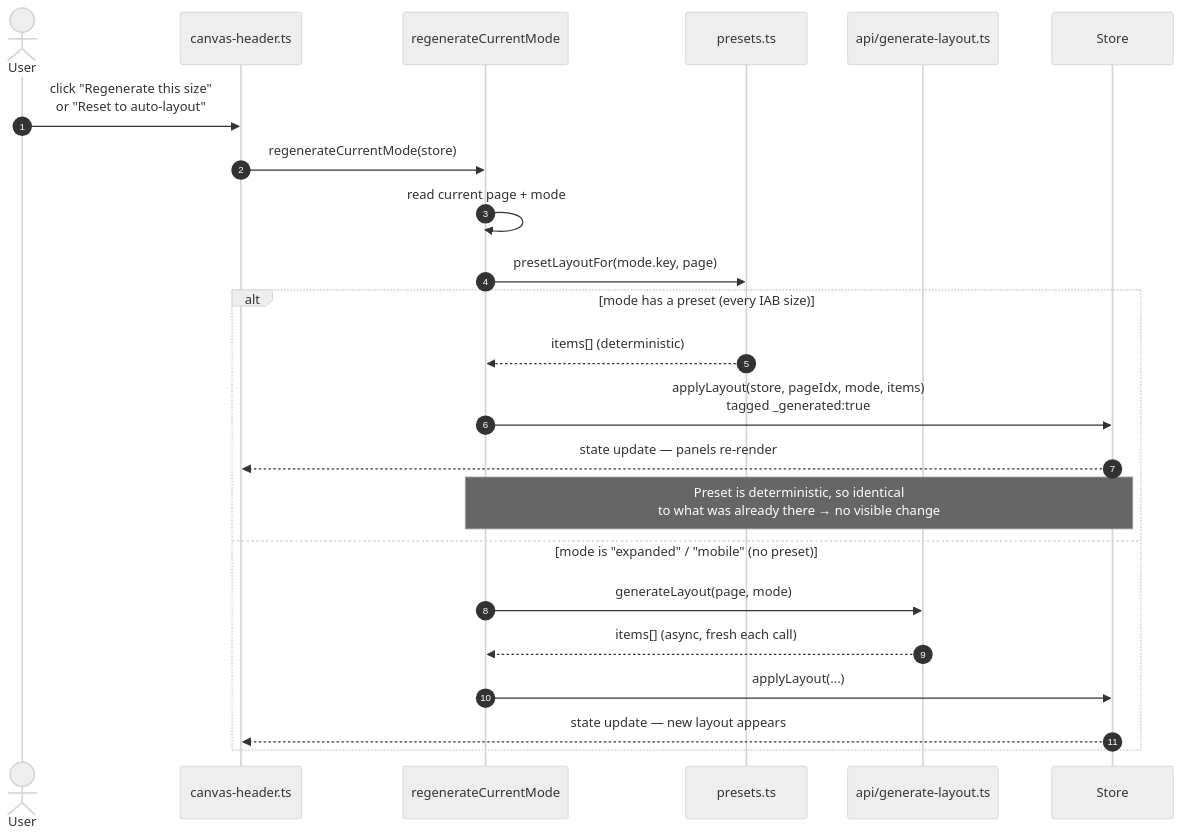
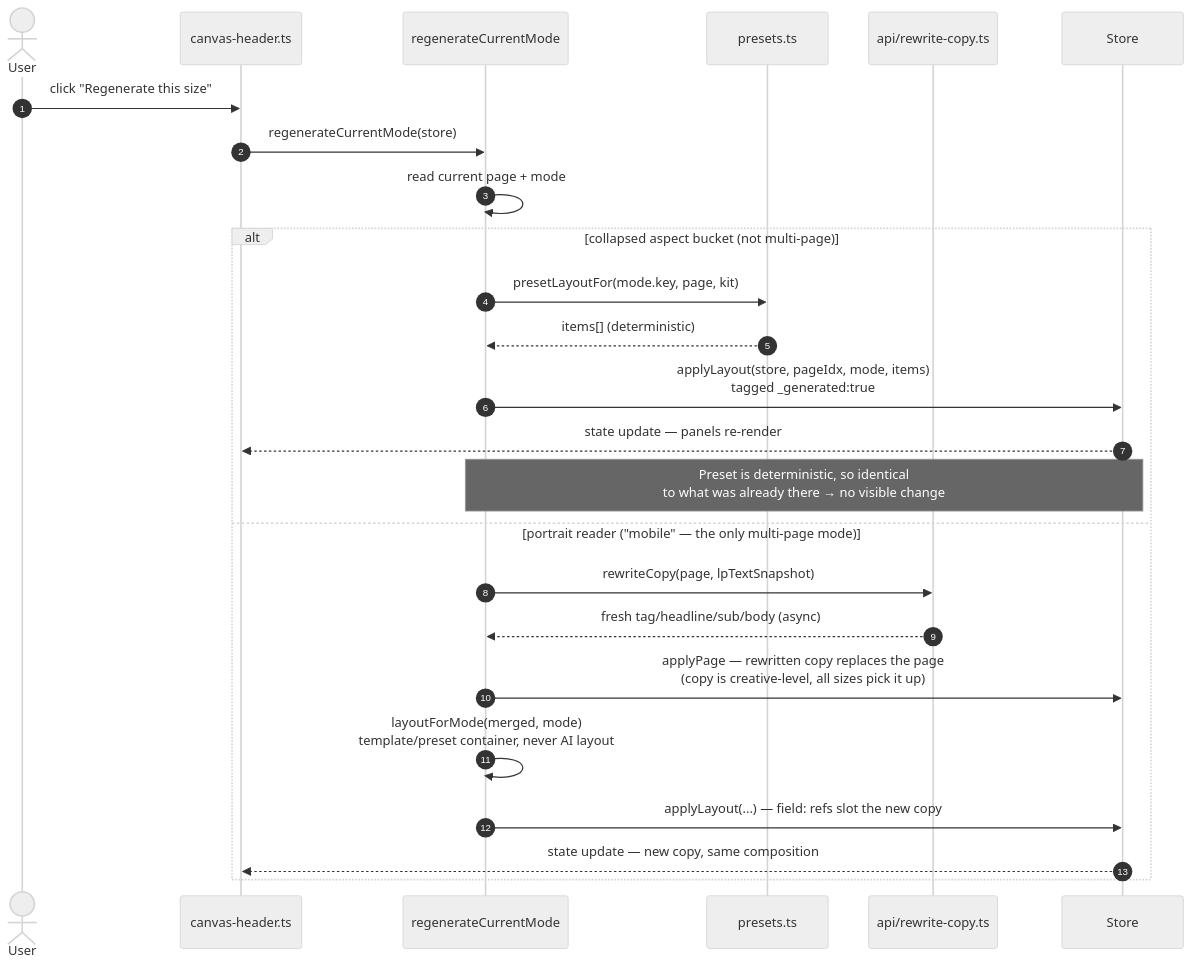
One commit to promovolve/promovolve changed the fourth of 6 diagrams in platform/creative-designer/FLOWS.md. Above: the diagram before and after it, drawn with Mermaid (neutral theme). The commit also changed other lines of this file and 18 other files, not shown here.

````diff
--- a/platform/creative-designer/FLOWS.md
+++ b/platform/creative-designer/FLOWS.md
@@ -150,26 +151,28 @@
 ```mermaid
 sequenceDiagram
     autonumber
     actor User
     participant Header as canvas-header.ts
     participant Regen as regenerateCurrentMode
     participant Presets as presets.ts
-    participant Gemini as api/generate-layout.ts
+    participant Gemini as api/rewrite-copy.ts
     participant Store
 
-    User->>Header: click "Regenerate this size"<br/>or "Reset to auto-layout"
+    User->>Header: click "Regenerate this size"
     Header->>Regen: regenerateCurrentMode(store)
     Regen->>Regen: read current page + mode
-    Regen->>Presets: presetLayoutFor(mode.key, page)
-    alt mode has a preset (every IAB size)
+    alt collapsed aspect bucket (not multi-page)
+        Regen->>Presets: presetLayoutFor(mode.key, page, kit)
         Presets-->>Regen: items[] (deterministic)
         Regen->>Store: applyLayout(store, pageIdx, mode, items)<br/>tagged _generated:true
         Store-->>Header: state update — panels re-render
         Note over Regen,Store: Preset is deterministic, so identical<br/>to what was already there → no visible change
-    else mode is "expanded" / "mobile" (no preset)
-        Regen->>Gemini: generateLayout(page, mode)
-        Gemini-->>Regen: items[] (async, fresh each call)
-        Regen->>Store: applyLayout(...)
-        Store-->>Header: state update — new layout appears
+    else portrait reader ("mobile" — the only multi-page mode)
+        Regen->>Gemini: rewriteCopy(page, lpTextSnapshot)
+        Gemini-->>Regen: fresh tag/headline/sub/body (async)
+        Regen->>Store: applyPage — rewritten copy replaces the page<br/>(copy is creative-level, all sizes pick it up)
+        Regen->>Regen: layoutForMode(merged, mode)<br/>template/preset container, never AI layout
+        Regen->>Store: applyLayout(...) — field: refs slot the new copy
+        Store-->>Header: state update — new copy, same composition
     end
 ```
````
